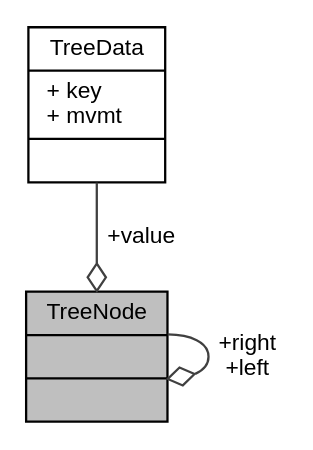
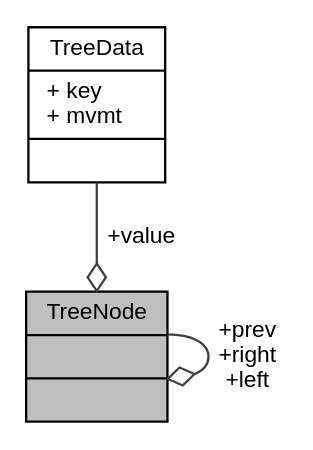
Before and after one commit to jarp0l/Voxeloop: the diagram in docs/structTreeNode__coll__graph.dot, drawn with Graphviz. The commit also changed 133 other files, not shown here.

```diff
--- a/docs/structTreeNode__coll__graph.dot
+++ b/docs/structTreeNode__coll__graph.dot
@@ -1,11 +1,11 @@
 digraph "TreeNode"
 {
  // INTERACTIVE_SVG=YES
  // LATEX_PDF_SIZE
   edge [fontname="Helvetica",fontsize="10",labelfontname="Helvetica",labelfontsize="10"];
   node [fontname="Helvetica",fontsize="10",shape=record];
   Node1 [label="{TreeNode\n||}",height=0.2,width=0.4,color="black", fillcolor="grey75", style="filled", fontcolor="black",tooltip=" "];
-  Node1 -> Node1 [color="grey25",fontsize="10",style="solid",label=" +right\n+left" ,arrowhead="odiamond",fontname="Helvetica"];
+  Node1 -> Node1 [color="grey25",fontsize="10",style="solid",label=" +prev\n+right\n+left" ,arrowhead="odiamond",fontname="Helvetica"];
   Node2 -> Node1 [color="grey25",fontsize="10",style="solid",label=" +value" ,arrowhead="odiamond",fontname="Helvetica"];
   Node2 [label="{TreeData\n|+ key\l+ mvmt\l|}",height=0.2,width=0.4,color="black", fillcolor="white", style="filled",URL="$structTreeData.html",tooltip=" "];
 }
```
